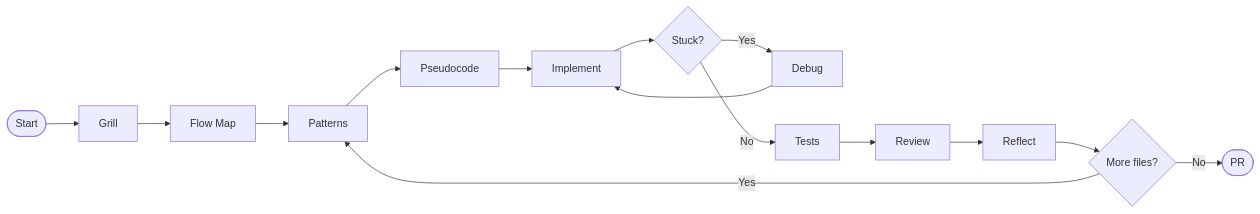
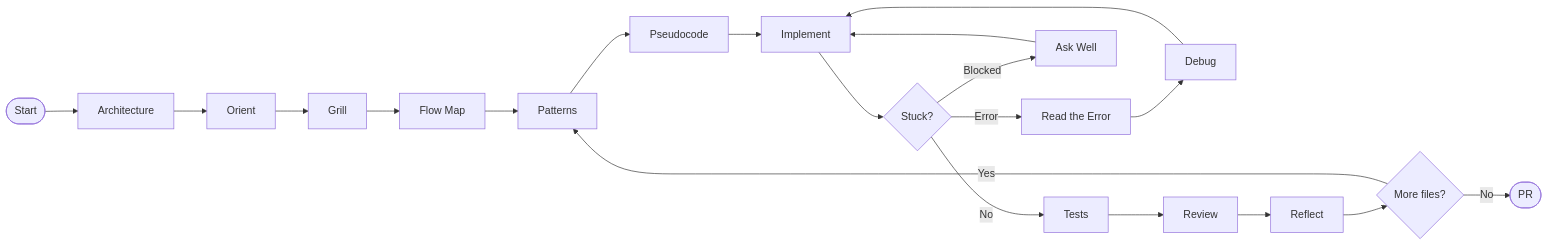
Before and after one commit to Osireg17/groundup: the diagram in README.md, drawn with Mermaid. The commit also changed other lines of this file, not shown here.

````diff
--- a/README.md
+++ b/README.md
@@ -15,17 +15,22 @@
 ```mermaid
 flowchart LR
-    A([Start]) --> B[Grill]
+    A([Start]) --> A1[Architecture]
+    A1 --> A2[Orient]
+    A2 --> B[Grill]
     B --> C[Flow Map]
     C --> D[Patterns]
     D --> E[Pseudocode]
     E --> F[Implement]
     F --> G{Stuck?}
-    G -->|Yes| H[Debug]
+    G -->|Error| RE[Read the Error]
+    RE --> H[Debug]
+    G -->|Blocked| AW[Ask Well]
+    AW --> F
     H --> F
     G -->|No| I[Tests]
     I --> J[Review]
     J --> K[Reflect]
     K --> L{More files?}
     L -->|Yes| D
     L -->|No| M([PR])
 ```
````
